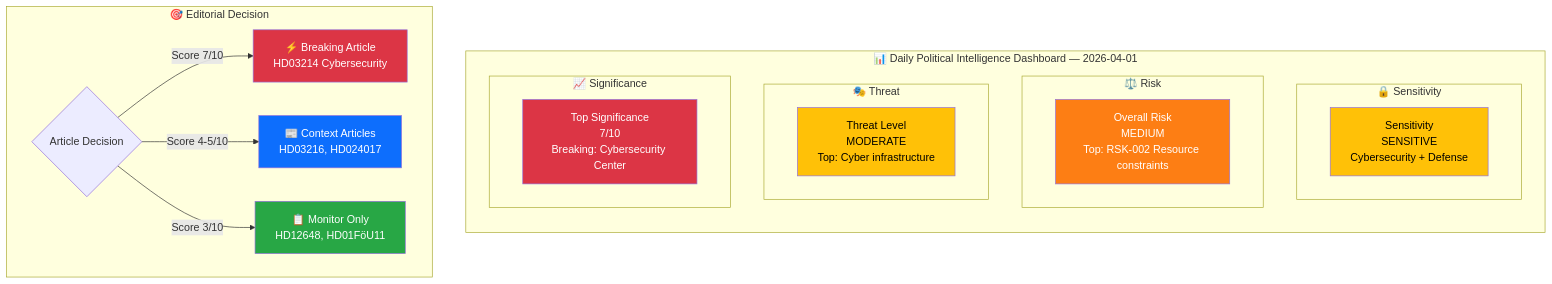
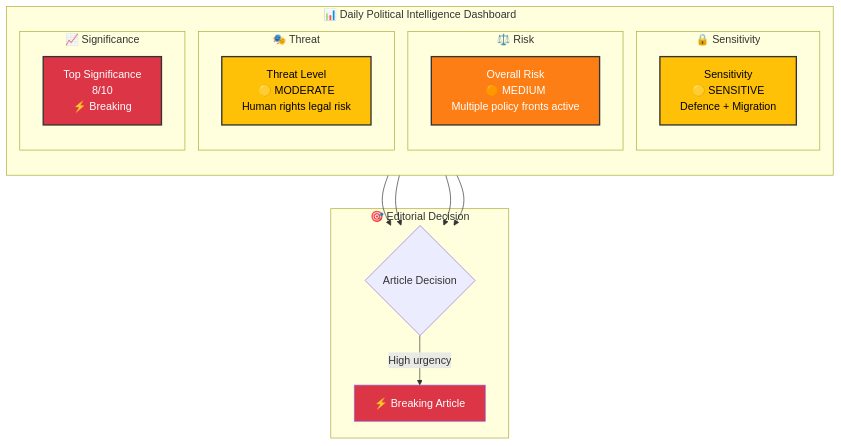
Before and after one commit to Hack23/riksdagsmonitor: the first of 2 diagrams in analysis/daily/2026-04-01/synthesis-summary.md, drawn with Mermaid. The commit also changed other lines of this file and 74 other files, not shown here.

````diff
--- a/analysis/daily/2026-04-01/synthesis-summary.md
+++ b/analysis/daily/2026-04-01/synthesis-summary.md
@@ -18,33 +25,34 @@
 ```mermaid
 graph TD
-    subgraph "📊 Daily Political Intelligence Dashboard — 2026-04-01"
+    subgraph "📊 Daily Political Intelligence Dashboard"
         direction TB
         subgraph "🔒 Sensitivity"
-            CLS["Sensitivity<br/>SENSITIVE<br/>Cybersecurity + Defense"]
+            CLS["Sensitivity<br/>🟡 SENSITIVE<br/>Defence + Migration"]
         end
         subgraph "⚖️ Risk"
-            RSK["Overall Risk<br/>MEDIUM<br/>Top: RSK-002 Resource constraints"]
+            RSK["Overall Risk<br/>🟠 MEDIUM<br/>Multiple policy fronts active"]
         end
         subgraph "🎭 Threat"
-            THR["Threat Level<br/>MODERATE<br/>Top: Cyber infrastructure"]
+            THR["Threat Level<br/>🟡 MODERATE<br/>Human rights legal risk"]
         end
         subgraph "📈 Significance"
-            SIG["Top Significance<br/>7/10<br/>Breaking: Cybersecurity Center"]
+            SIG["Top Significance<br/>8/10<br/>⚡ Breaking"]
         end
     end
 
     subgraph "🎯 Editorial Decision"
         DEC{Article Decision}
-        DEC -->|"Score 7/10"| BRK["⚡ Breaking Article<br/>HD03214 Cybersecurity"]
-        DEC -->|"Score 4-5/10"| STD["📰 Context Articles<br/>HD03216, HD024017"]
-        DEC -->|"Score 3/10"| MON["📋 Monitor Only<br/>HD12648, HD01FöU11"]
+        DEC -->|"High urgency"| BRK["⚡ Breaking Article"]
     end
 
-    style CLS fill:#ffc107,color:#000
-    style RSK fill:#fd7e14,color:#fff
-    style THR fill:#ffc107,color:#000
-    style SIG fill:#dc3545,color:#fff
+    CLS --> DEC
+    RSK --> DEC
+    THR --> DEC
+    SIG --> DEC
+
+    style CLS fill:#ffc107,stroke:#333,stroke-width:2px,color:#000
+    style RSK fill:#fd7e14,stroke:#333,stroke-width:2px,color:#fff
+    style THR fill:#ffc107,stroke:#333,stroke-width:2px,color:#000
+    style SIG fill:#dc3545,stroke:#333,stroke-width:2px,color:#fff
     style BRK fill:#dc3545,color:#fff
-    style STD fill:#0d6efd,color:#fff
-    style MON fill:#28a745,color:#fff
 ```
````
